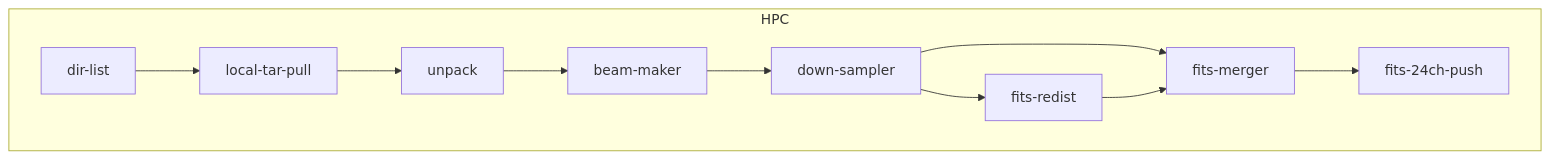
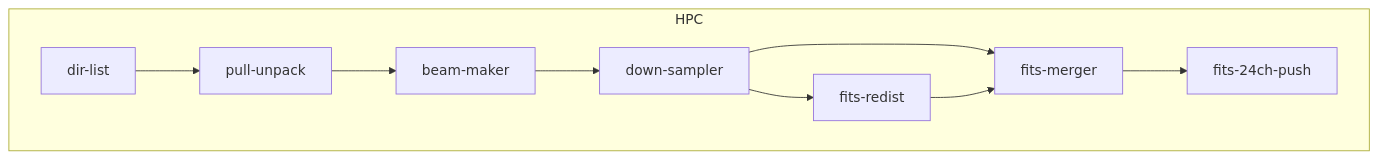
Before and after one commit to kaichao/app-mwa: the second of 2 diagrams in pipelines/perf-test/shared-vs-local.md, drawn with Mermaid. The commit also changed other lines of this file and 5 other files, not shown here.

````diff
--- a/pipelines/perf-test/shared-vs-local.md
+++ b/pipelines/perf-test/shared-vs-local.md
@@ -32,15 +32,14 @@
 ```mermaid
 
 flowchart TD
   subgraph HPC
-    dir-list --> local-tar-pull
-    local-tar-pull --> unpack
-    unpack --> beam-maker
+    dir-list --> pull-unpack
+    pull-unpack --> beam-maker
     beam-maker --> down-sampler
     down-sampler --> fits-redist
     down-sampler --> fits-merger
     fits-redist --> fits-merger
     fits-merger --> fits-24ch-push
   end
 
 ```
````
